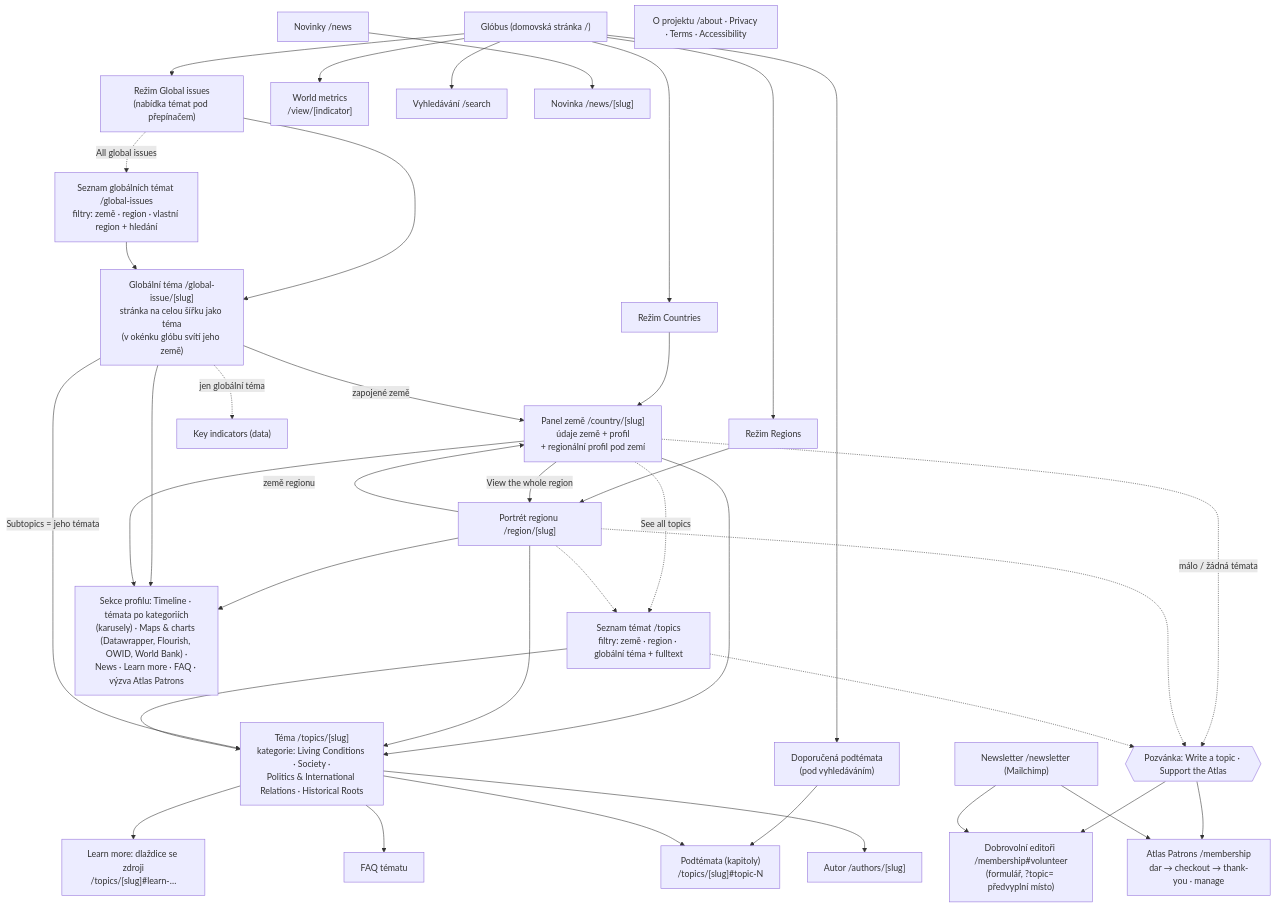
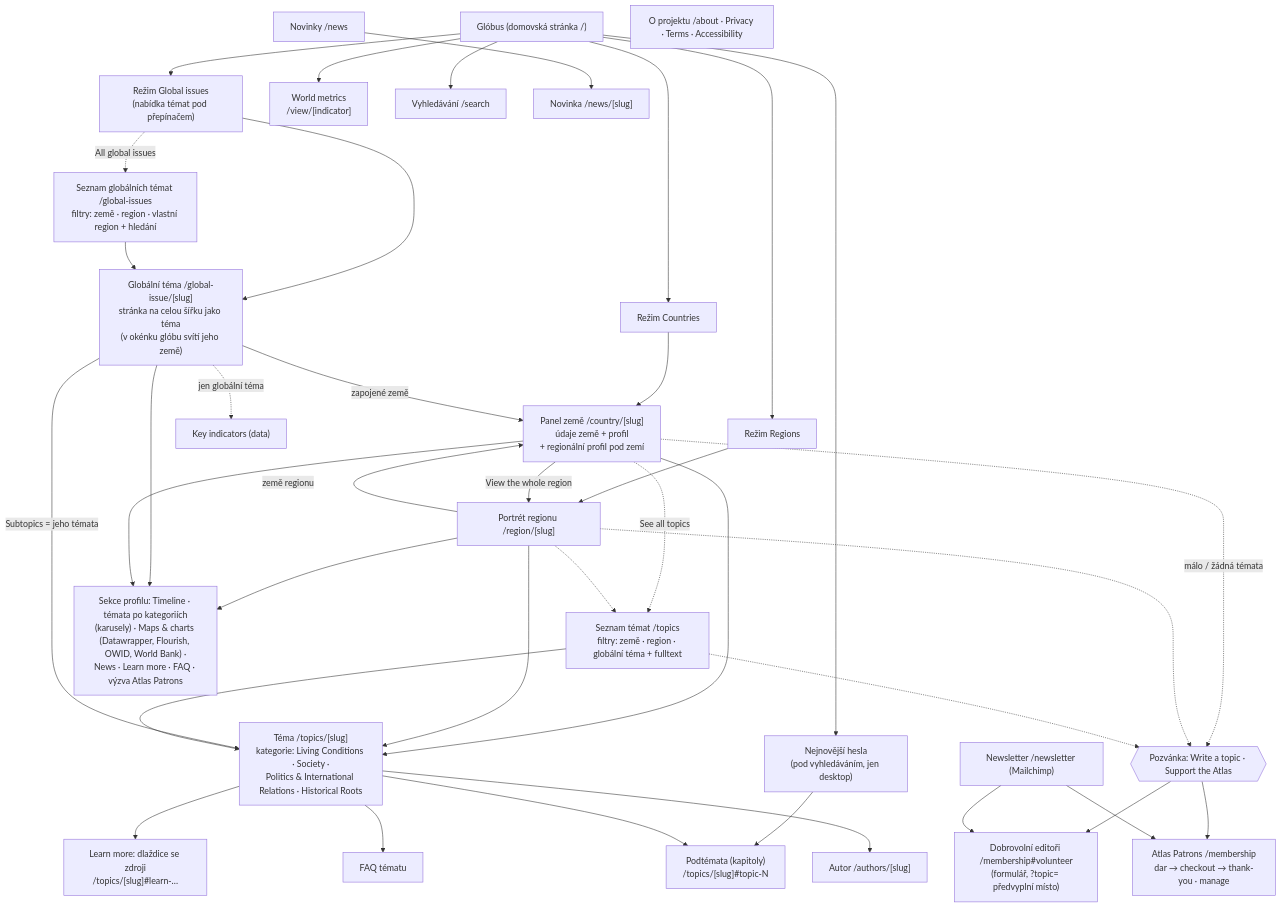
One commit to Atlas-of-Today-s-World/atlas-of-todays-world changed the first of 2 diagrams in docs/architecture/mapa-webu.md. Above: the diagram before and after it, drawn with Mermaid. The commit also changed other lines of this file and 12 other files, not shown here.

````diff
--- a/docs/architecture/mapa-webu.md
+++ b/docs/architecture/mapa-webu.md
@@ -16,54 +16,54 @@
 ```mermaid
 flowchart TD
   Home["Glóbus (domovská stránka /)"]
   Home --> M1["Režim Countries"]
   Home --> M2["Režim Regions"]
   Home --> M3["Režim Global issues<br/>(nabídka témat pod přepínačem)"]
   Home --> Metrics["World metrics<br/>/view/[indicator]"]
-  Home --> Featured["Doporučená podtémata<br/>(pod vyhledáváním)"]
+  Home --> Featured["Nejnovější hesla<br/>(pod vyhledáváním, jen desktop)"]
   Home --> Search["Vyhledávání /search"]
 
   M1 --> Country["Panel země /country/[slug]<br/>údaje země + profil<br/>+ regionální profil pod zemí"]
   M2 --> Region["Portrét regionu /region/[slug]"]
   M3 --> Issue["Globální téma /global-issue/[slug]<br/>stránka na celou šířku jako téma<br/>(v okénku glóbu svítí jeho země)"]
   Country -->|"View the whole region"| Region
   Region -->|"země regionu"| Country
   Issue -->|"zapojené země"| Country
 
   Country --> Topic
   Region --> Topic
   Issue -->|"Subtopics = jeho témata"| Topic
   Featured --> Subtopic
 
   Topics["Seznam témat /topics<br/>filtry: země · region · globální téma + fulltext"] --> Topic
   Issues["Seznam globálních témat /global-issues<br/>filtry: země · region · vlastní region + hledání"] --> Issue
   M3 -.->|"All global issues"| Issues
   Country -.->|"See all topics"| Topics
   Region -.-> Topics
 
   Topic["Téma /topics/[slug]<br/>kategorie: Living Conditions · Society ·<br/>Politics & International Relations · Historical Roots"]
   Topic --> Subtopic["Podtémata (kapitoly)<br/>/topics/[slug]#topic-N"]
   Topic --> LearnMore["Learn more: dlaždice se zdroji<br/>/topics/[slug]#learn-…"]
   Topic --> TopicFaq["FAQ tématu"]
   Topic --> Author["Autor /authors/[slug]"]
 
   Region --> Portrait["Sekce profilu: Timeline · témata po kategoriích<br/>(karusely) · Maps & charts (Datawrapper, Flourish, OWID, World Bank) ·<br/>News · Learn more · FAQ · výzva Atlas Patrons"]
   Issue --> Portrait
   Country --> Portrait
   Issue -.->|"jen globální téma"| KeyInd["Key indicators (data)"]
 
   News["Novinky /news"] --> NewsItem["Novinka /news/[slug]"]
 
   Country -.->|"málo / žádná témata"| Invite{{"Pozvánka: Write a topic · Support the Atlas"}}
   Region -.-> Invite
   Topics -.-> Invite
   Invite --> Volunteer
   Invite --> Patrons
 
   Patrons["Atlas Patrons /membership<br/>dar → checkout → thank-you · manage"]
   Volunteer["Dobrovolní editoři /membership#volunteer<br/>(formulář, ?topic= předvyplní místo)"]
   Newsletter["Newsletter /newsletter (Mailchimp)"]
   Newsletter --> Patrons
   Newsletter --> Volunteer
   About["O projektu /about · Privacy · Terms · Accessibility"]
 ```
````
